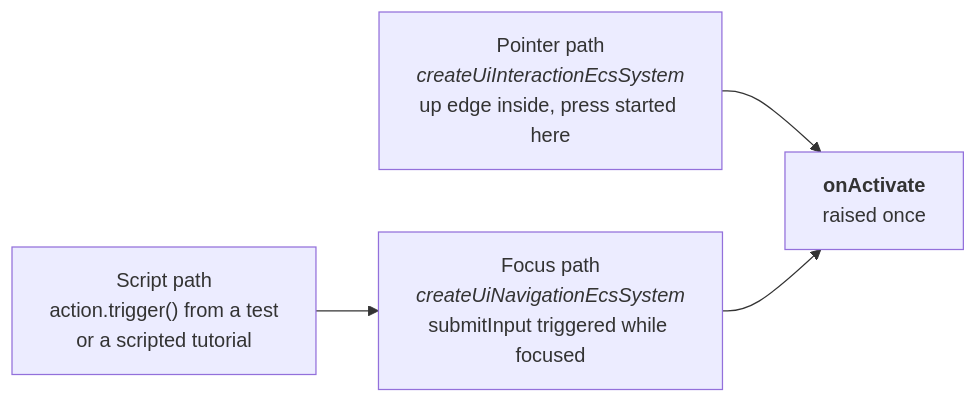
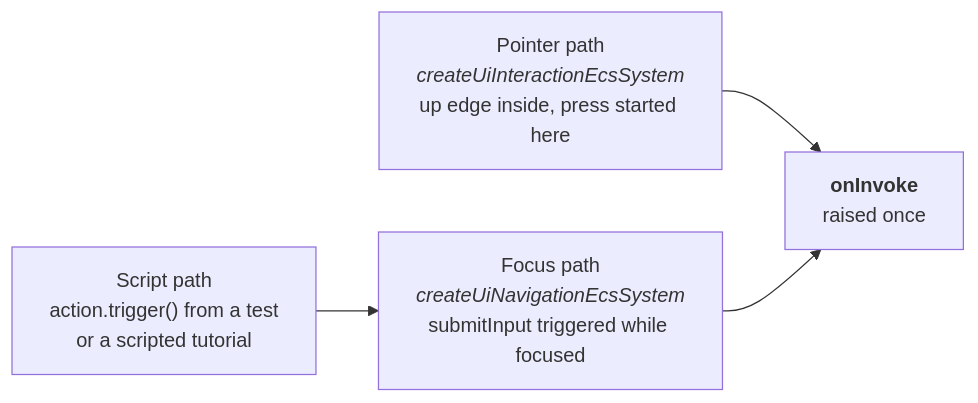
One commit to Forge-Game-Engine/Forge changed the seventh of 7 diagrams in design/ui-system.md. Above: the diagram before and after it, drawn with Mermaid. The commit also changed other lines of this file, not shown here.

````diff
--- a/design/ui-system.md
+++ b/design/ui-system.md
@@ -531,7 +531,7 @@
 ```mermaid
 flowchart LR
     P["Pointer path<br/><i>createUiInteractionEcsSystem</i><br/>up edge inside, press started here"] --> A
     N["Focus path<br/><i>createUiNavigationEcsSystem</i><br/>submitInput triggered while focused"] --> A
     S["Script path<br/>action.trigger() from a test<br/>or a scripted tutorial"] --> N
-    A["<b>onActivate</b><br/>raised once"]
+    A["<b>onInvoke</b><br/>raised once"]
 ```
````
